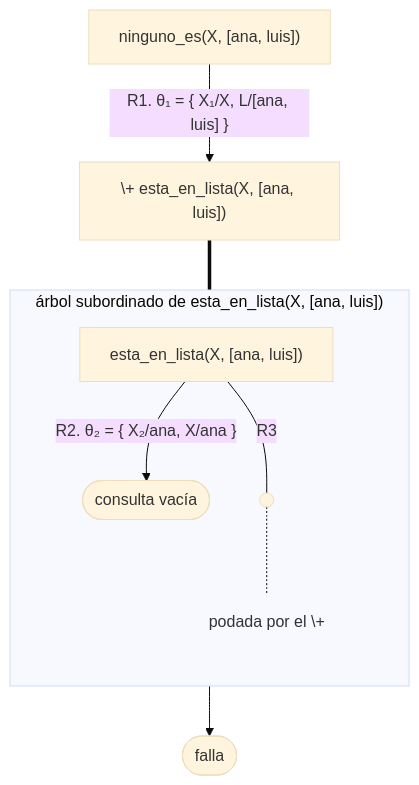
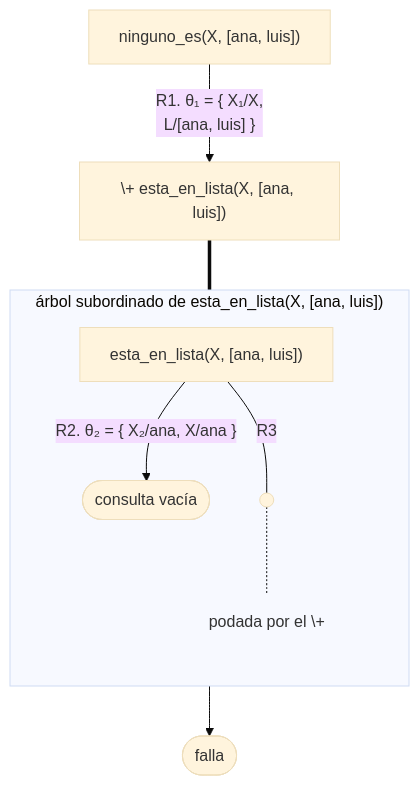
Before and after one commit to CesarBallardini/curso-de-prolog: the first of 5 diagrams in docs/capitulo-10-negacion-como-falla/soluciones.md, drawn with Mermaid (base theme). The commit also changed other lines of this file and 24 other files, not shown here.

First line of the commit message:
feat(docs): botones para ocultar las columnas laterales y etiquetas cortas en los diagramas

````diff
--- a/docs/capitulo-10-negacion-como-falla/soluciones.md
+++ b/docs/capitulo-10-negacion-como-falla/soluciones.md
@@ -684,13 +684,13 @@
 ```mermaid
 flowchart TD
-    A["ninguno_es(X, [ana, luis])"] -- "R1. θ₁ = {&nbsp;X₁/X, L/[ana, luis]&nbsp;}" --> B["\+ esta_en_lista(X, [ana, luis])"]
+    A["ninguno_es(X, [ana, luis])"] -- "R1. θ₁ = {&nbsp;X₁/X,<br/>L/[ana, luis]&nbsp;}" --> B["\+ esta_en_lista(X, [ana, luis])"]
     B === s
     subgraph s ["árbol subordinado de esta_en_lista(X, [ana, luis])"]
         direction TB
         C["esta_en_lista(X, [ana, luis])"] -- "R2. θ₂ = {&nbsp;X₂/ana, X/ana&nbsp;}" --> S(["consulta vacía"])
         C -- "R3" --- p@{ shape: sm-circ } -.- n["podada por el \+"]
     end
     s --> F(["falla"])
     classDef abierto fill:none,stroke:none;
     class n abierto;
 ```
````
